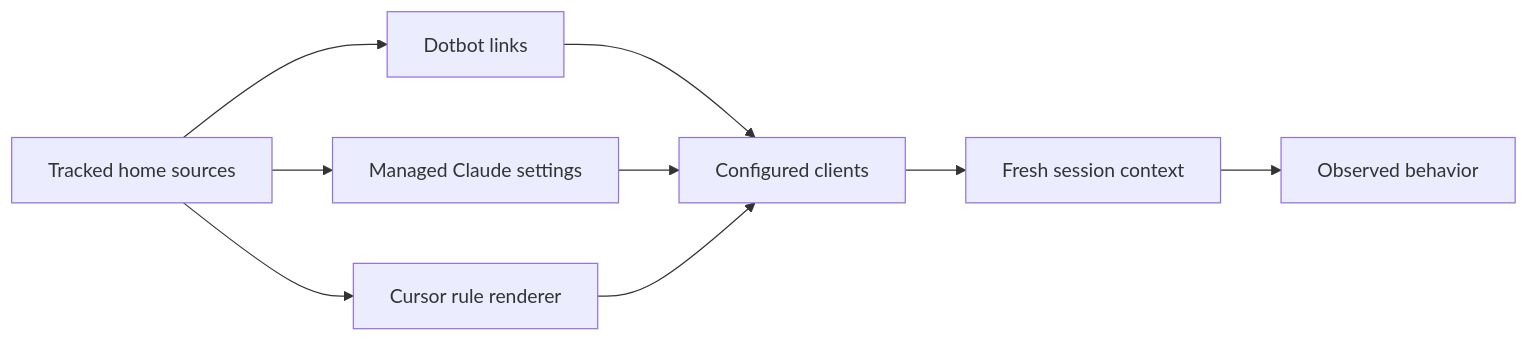
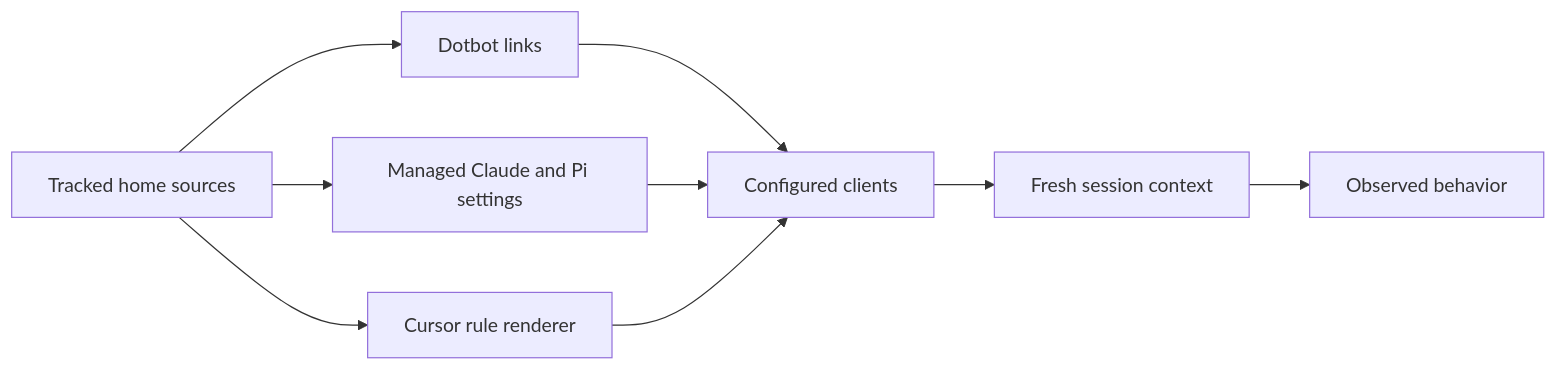
Before and after one commit to waldoibarra/dotfiles: the second of 2 diagrams in docs/architecture.md, drawn with Mermaid. The commit also changed 17 other files, not shown here.

````diff
--- a/docs/architecture.md
+++ b/docs/architecture.md
@@ -51,11 +51,11 @@
 ```mermaid
 flowchart LR
     Source[Tracked home sources] --> Links[Dotbot links]
-    Source --> Copies[Managed Claude settings]
+    Source --> Copies[Managed Claude and Pi settings]
     Source --> Render[Cursor rule renderer]
     Links --> Clients[Configured clients]
     Copies --> Clients
     Render --> Clients
     Clients --> Context[Fresh session context]
     Context --> Checks[Observed behavior]
 ```
````
